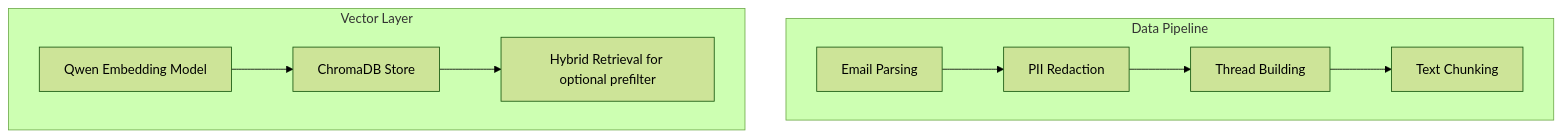
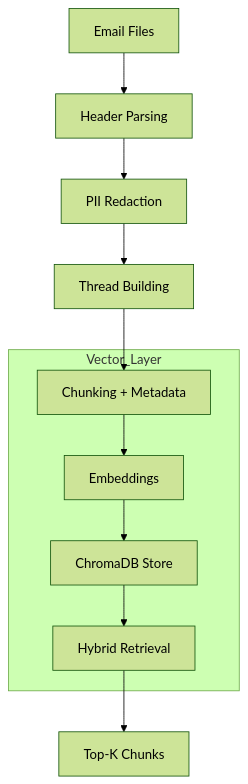
The first of 6 diagrams in BLUEPRINT.md (ZeleMate/Multi-agent-Risk-Reporter-PoC), drawn with Mermaid (forest theme) before and after one commit.

Commit message:
removed unnecessarry graphs from mermaid

````diff
--- a/BLUEPRINT.md
+++ b/BLUEPRINT.md
@@ -11,13 +11,15 @@
 ```mermaid
 graph TD
-    subgraph "Data Pipeline"
-        B1[Email Parsing] --> B2[PII Redaction]
-        B2 --> B3[Thread Building]
-        B3 --> B4[Text Chunking]
+    A[Email Files] --> B[Header Parsing]
+    B --> C[PII Redaction]
+    C --> D[Thread Building]
+    D --> E[Chunking + Metadata]
+
+    subgraph Vector_Layer
+        E --> F[Embeddings]
+        F --> G[ChromaDB Store]
+        G --> H[Hybrid Retrieval]
     end
 
-    subgraph "Vector Layer"
-        C1[Qwen Embedding Model] --> C2[ChromaDB Store]
-        C2 --> C3[Hybrid Retrieval for optional prefilter]
-    end
+    H --> I[Top-K Chunks]
 ```
````
